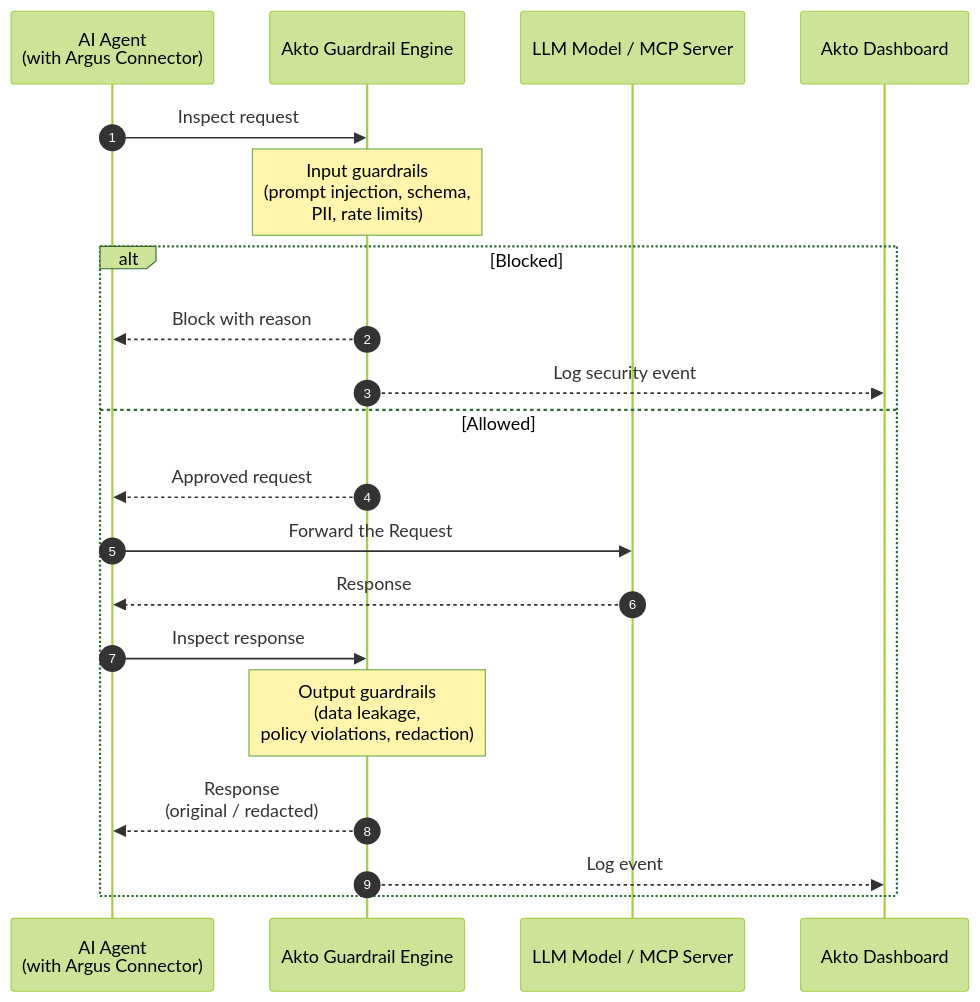
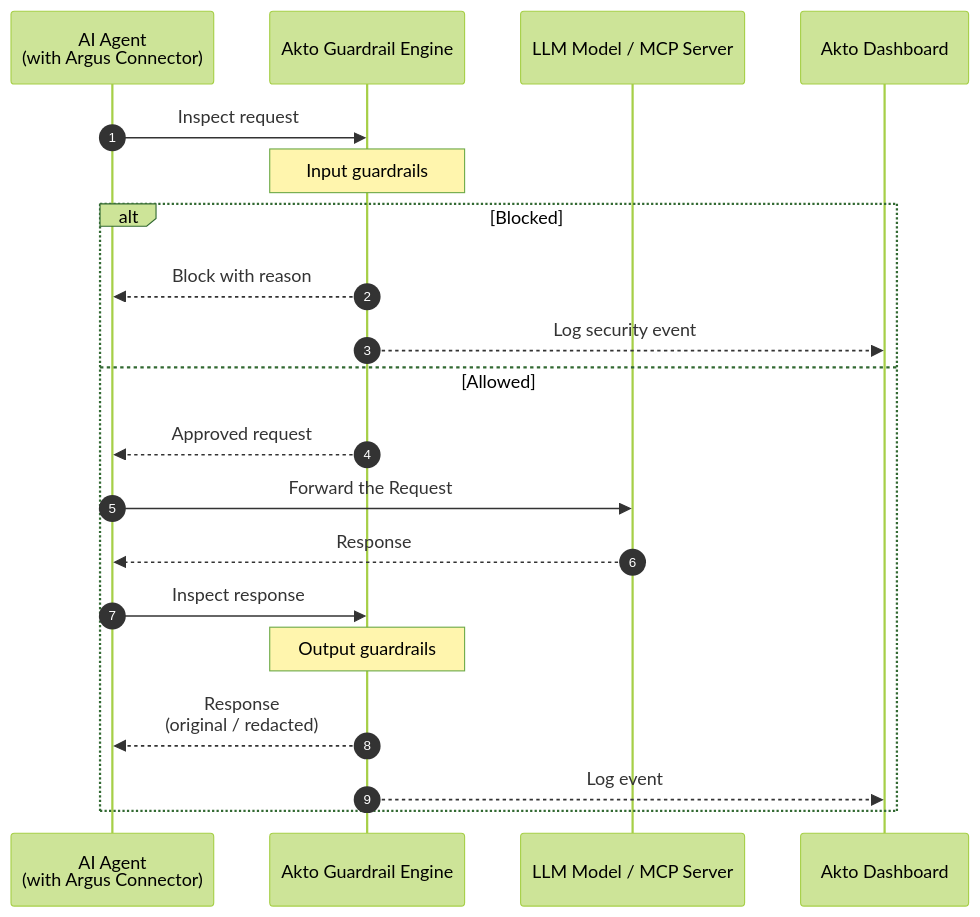
The diagram in akto-argus-agentic-ai-security-for-homegrown-ai/argus-guardrails.md (akto-api-security/Documentation), drawn with Mermaid (forest theme) before and after one commit. The commit also changed other lines of this file and 2 other files, not shown here.

````diff
--- a/akto-argus-agentic-ai-security-for-homegrown-ai/argus-guardrails.md
+++ b/akto-argus-agentic-ai-security-for-homegrown-ai/argus-guardrails.md
@@ -31,23 +31,23 @@
 ```mermaid
 sequenceDiagram
     autonumber
     participant Agent as AI Agent<br/>(with Argus Connector)
     participant Engine as Akto Guardrail Engine
     participant AI as LLM Model / MCP Server
     participant Akto as Akto Dashboard
 
     Agent->>Engine: Inspect request
-    Note over Engine: Input guardrails<br/>(prompt injection, schema,<br/>PII, rate limits)
+    Note over Engine: Input guardrails
     alt Blocked
         Engine-->>Agent: Block with reason
         Engine-->>Akto: Log security event
     else Allowed
         Engine-->>Agent: Approved request
         Agent->>AI: Forward the Request
         AI-->>Agent: Response
         Agent->>Engine: Inspect response
-        Note over Engine: Output guardrails<br/>(data leakage,<br/>policy violations, redaction)
+        Note over Engine: Output guardrails
         Engine-->>Agent: Response<br/>(original / redacted)
         Engine-->>Akto: Log event
     end
 ```
````
